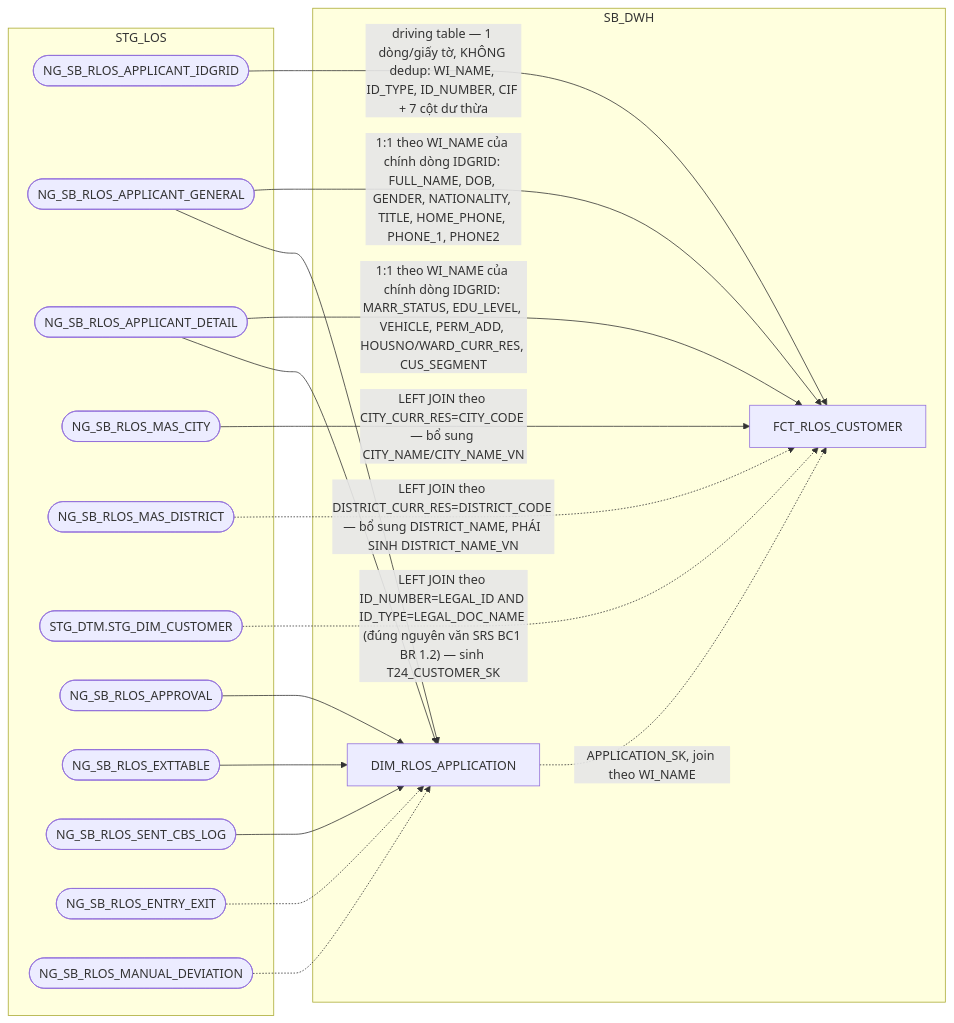
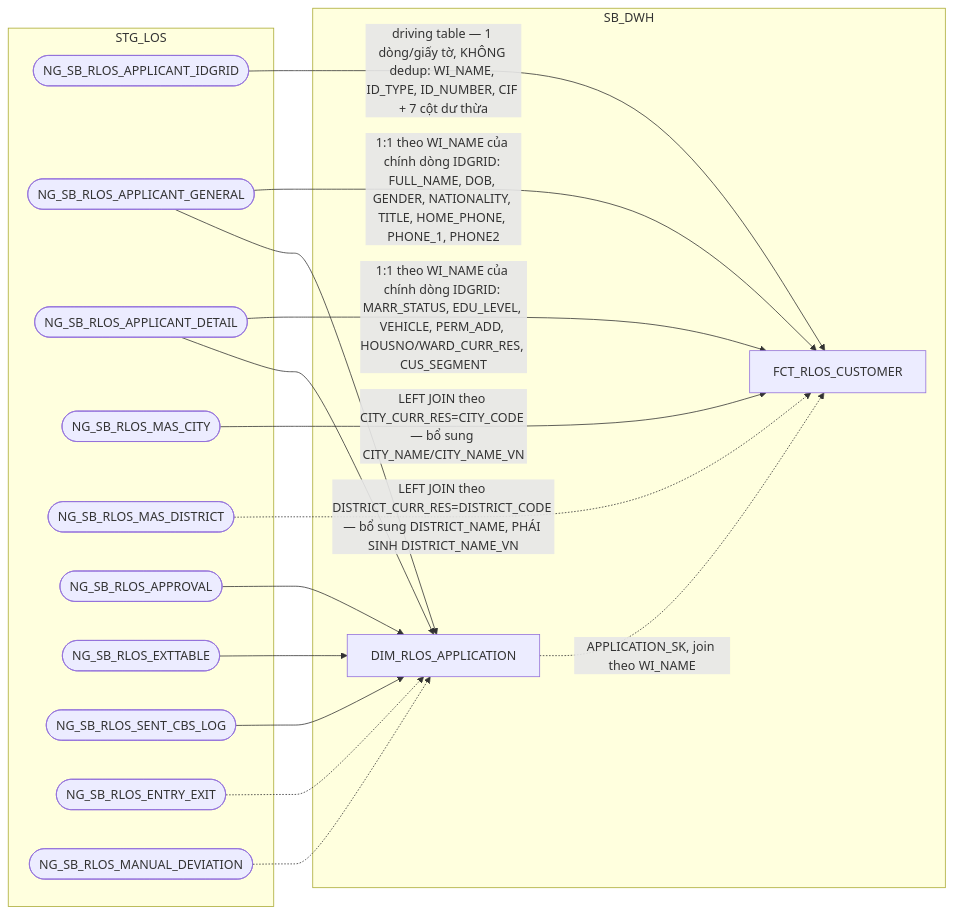
Before and after one commit to chien1198/sb-mapping-gen: diagram 13 of 14 in hld/hld_review/HLD_FCT_SB_DWH_review.md, drawn with Mermaid. The commit also changed other lines of this file and 3 other files, not shown here.

````diff
--- a/hld/hld_review/HLD_FCT_SB_DWH_review.md
+++ b/hld/hld_review/HLD_FCT_SB_DWH_review.md
@@ -990,34 +990,32 @@
 ```mermaid
 flowchart LR
     subgraph STG_LOS
         A(["NG_SB_RLOS_APPLICANT_IDGRID"])
         B(["NG_SB_RLOS_APPLICANT_GENERAL"])
         C(["NG_SB_RLOS_APPLICANT_DETAIL"])
         D(["NG_SB_RLOS_MAS_CITY"])
         F(["NG_SB_RLOS_MAS_DISTRICT"])
-        T(["STG_DTM.STG_DIM_CUSTOMER"])
         P3(["NG_SB_RLOS_APPROVAL"])
         P4(["NG_SB_RLOS_EXTTABLE"])
         P5(["NG_SB_RLOS_SENT_CBS_LOG"])
         P6(["NG_SB_RLOS_ENTRY_EXIT"])
         P7(["NG_SB_RLOS_MANUAL_DEVIATION"])
     end
     subgraph SB_DWH
         AP["DIM_RLOS_APPLICATION"]
         E["FCT_RLOS_CUSTOMER"]
     end
     A -->|"driving table — 1 dòng/giấy tờ, KHÔNG dedup: WI_NAME, ID_TYPE, ID_NUMBER, CIF + 7 cột dư thừa"| E
     AP -.->|"APPLICATION_SK, join theo WI_NAME"| E
     B -->|"1:1 theo WI_NAME của chính dòng IDGRID: FULL_NAME, DOB, GENDER, NATIONALITY, TITLE, HOME_PHONE, PHONE_1, PHONE2"| E
     C -->|"1:1 theo WI_NAME của chính dòng IDGRID: MARR_STATUS, EDU_LEVEL, VEHICLE, PERM_ADD, HOUSNO/WARD_CURR_RES, CUS_SEGMENT"| E
     D -->|"LEFT JOIN theo CITY_CURR_RES=CITY_CODE — bổ sung CITY_NAME/CITY_NAME_VN"| E
     F -.->|"LEFT JOIN theo DISTRICT_CURR_RES=DISTRICT_CODE — bổ sung DISTRICT_NAME, PHÁI SINH DISTRICT_NAME_VN"| E
-    T -.->|"LEFT JOIN theo ID_NUMBER=LEGAL_ID AND ID_TYPE=LEGAL_DOC_NAME (đúng nguyên văn SRS BC1 BR 1.2) — sinh T24_CUSTOMER_SK"| E
     B --> AP
     C --> AP
     P3 --> AP
     P4 --> AP
     P5 --> AP
     P6 -.-> AP
     P7 -.-> AP
 ```
````
